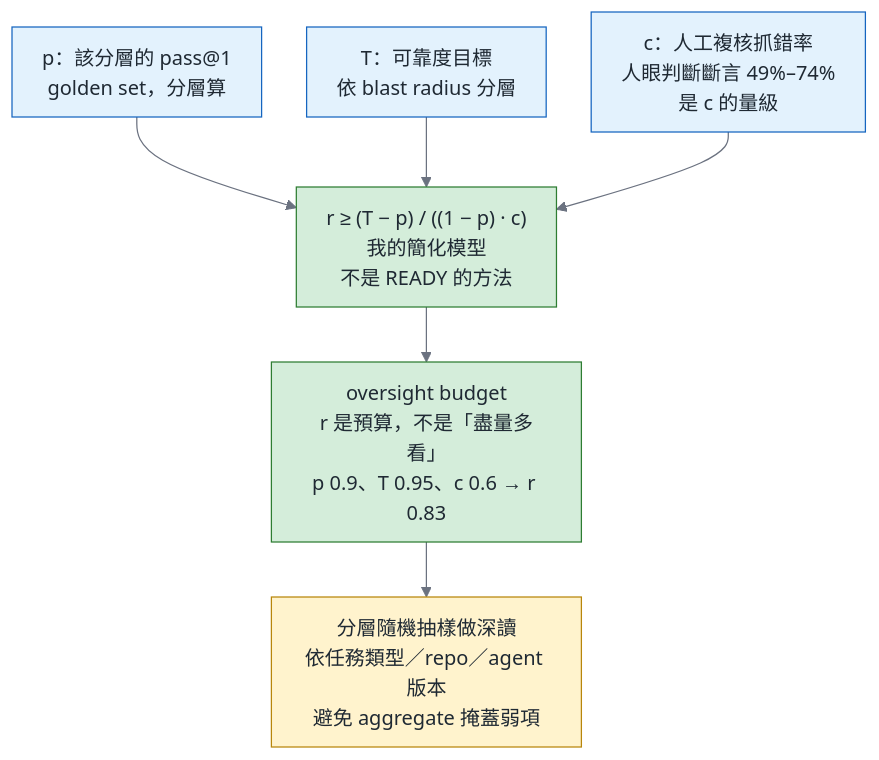
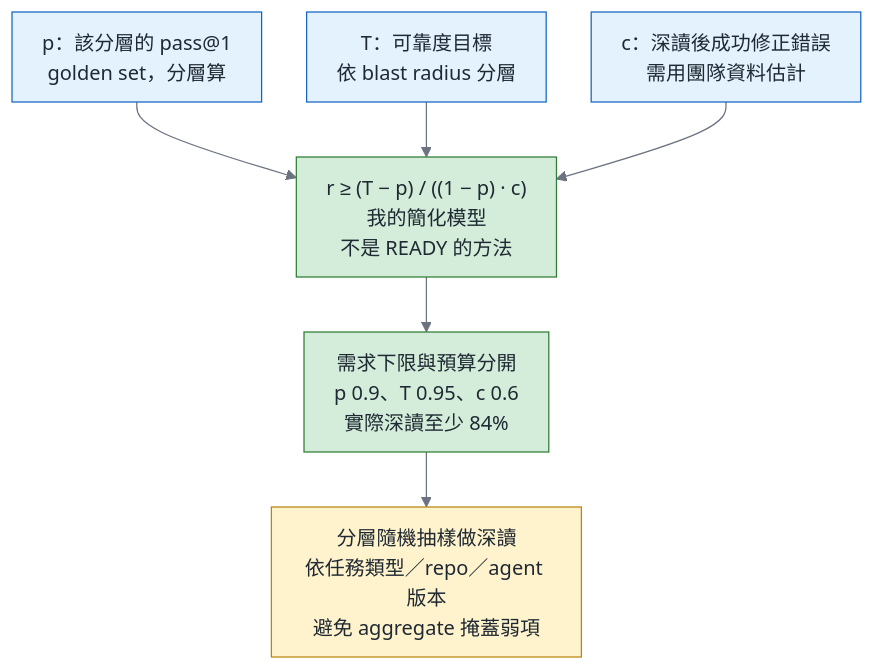
The third of 4 diagrams in 2026-10-green-reliability/article.md (fantasybz/medium-articles), drawn with Mermaid before and after one commit. The commit also changed other lines of this file and 93 other files, not shown here.

````diff
--- a/2026-10-green-reliability/article.md
+++ b/2026-10-green-reliability/article.md
@@ -304,39 +304,39 @@
 ```mermaid
 ---
 config:
   theme: base
   themeVariables:
     fontSize: 16px
     primaryColor: "#f8f9fa"
     primaryTextColor: "#1f2933"
     primaryBorderColor: "#6b7280"
     lineColor: "#6b7280"
     secondaryColor: "#f8f9fa"
     tertiaryColor: "#ffffff"
     clusterBkg: "#ffffff"
     clusterBorder: "#9ca3af"
     edgeLabelBackground: "#ffffff"
   flowchart:
     nodeSpacing: 36
     rankSpacing: 44
     padding: 12
     htmlLabels: true
     subGraphTitleMargin:
       top: 8
       bottom: 12
     curve: basis
 ---
 flowchart TB
     classDef own fill:#d4edda,stroke:#2e7d32,color:#1f2933
     classDef buy fill:#fff3cd,stroke:#b8860b,color:#1f2933
     classDef bad fill:#ffe0e0,stroke:#c0392b,color:#1f2933
     classDef human fill:#e3f2fd,stroke:#1565c0,color:#1f2933
     I1["p：該分層的 pass@1<br/>golden set，分層算"] --> F["r ≥ (T − p) / ((1 − p) · c)<br/>我的簡化模型<br/>不是 READY 的方法"]
     I2["T：可靠度目標<br/>依 blast radius 分層"] --> F
-    I3["c：人工複核抓錯率<br/>人眼判斷斷言 49%–74%<br/>是 c 的量級"] --> F
-    F --> O["oversight budget<br/>r 是預算，不是「盡量多看」<br/>p 0.9、T 0.95、c 0.6 → r 0.83"]
+    I3["c：深讀後成功修正錯誤<br/>需用團隊資料估計"] --> F
+    F --> O["需求下限與預算分開<br/>p 0.9、T 0.95、c 0.6<br/>實際深讀至少 84%"]
     O --> S["分層隨機抽樣做深讀<br/>依任務類型／repo／agent 版本<br/>避免 aggregate 掩蓋弱項"]
     class I1,I2,I3 human
     class F,O own
     class S buy
 ```
````
